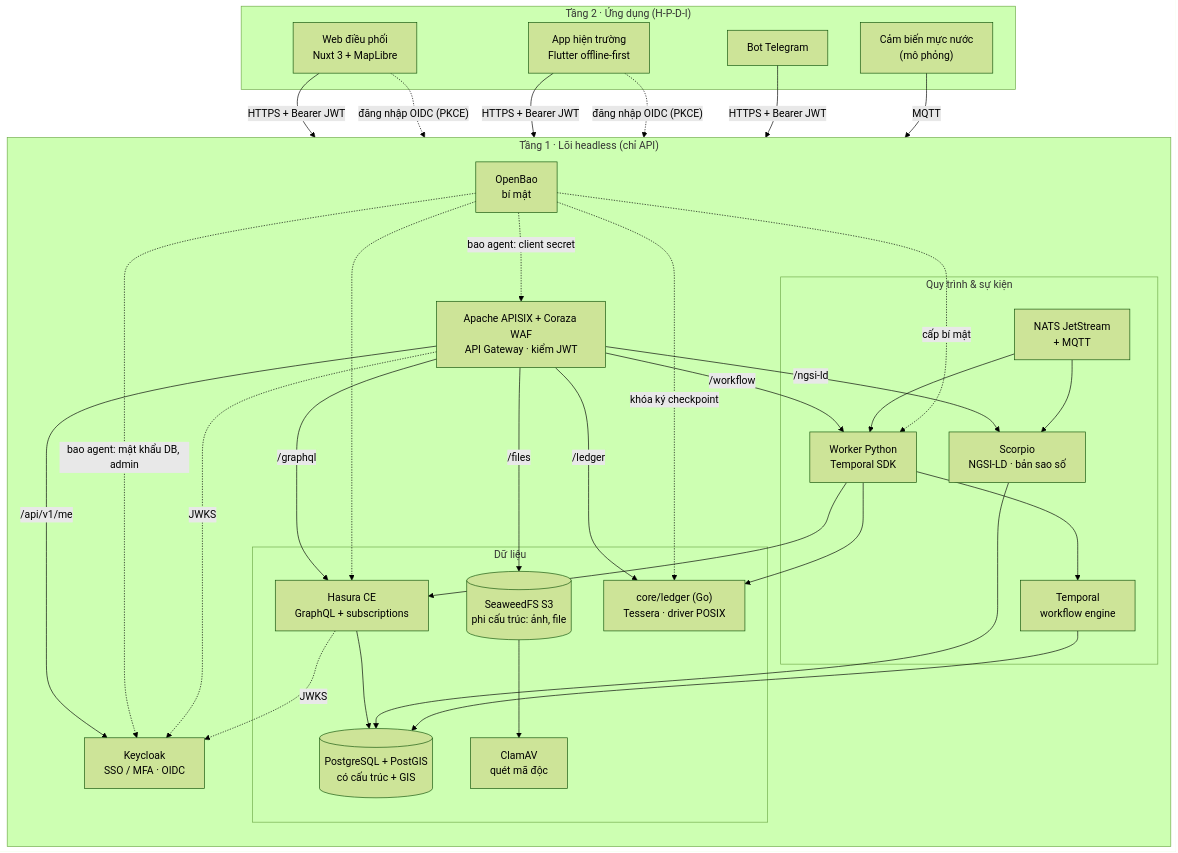
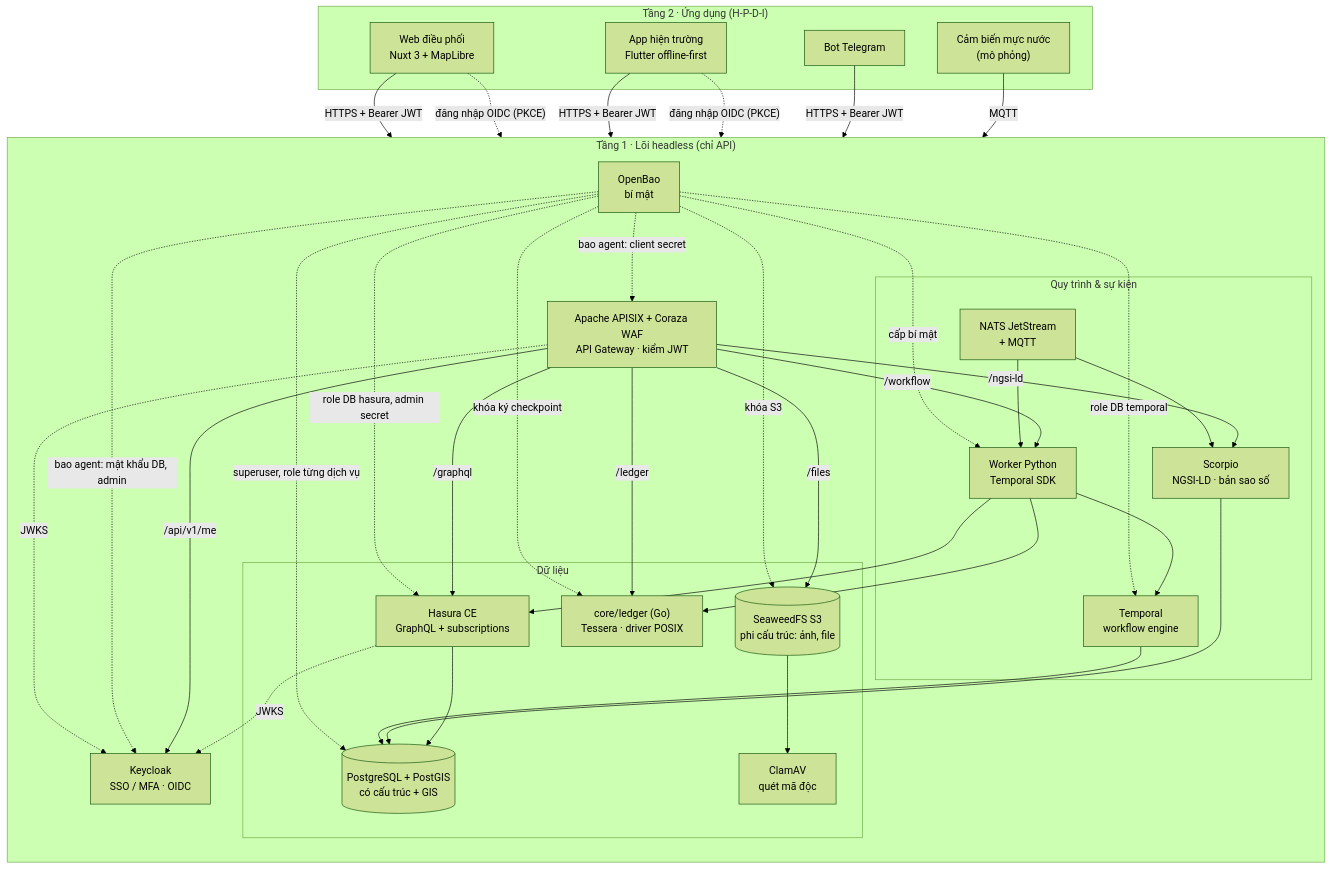
Before and after one commit to disaster-dxos/disaster-dxos: the first of 7 diagrams in docs/architecture.md, drawn with Mermaid (forest theme). The commit also changed other lines of this file and 22 other files, not shown here.

First line of the commit message:
feat(core): gộp Hasura CE, SeaweedFS, Temporal, NATS vào profile core, bí mật từ OpenBao (#11)

````diff
--- a/docs/architecture.md
+++ b/docs/architecture.md
@@ -12,59 +12,62 @@
 ```mermaid
 flowchart TB
   subgraph T2["Tầng 2 · Ứng dụng (H-P-D-I)"]
     WEB["Web điều phối<br/>Nuxt 3 + MapLibre"]
     APP["App hiện trường<br/>Flutter offline-first"]
     BOT["Bot Telegram"]
     SENSOR["Cảm biến mực nước<br/>(mô phỏng)"]
   end
 
   subgraph T1["Tầng 1 · Lõi headless (chỉ API)"]
     direction TB
     GW["Apache APISIX + Coraza WAF<br/>API Gateway · kiểm JWT"]
     KC["Keycloak<br/>SSO / MFA · OIDC"]
     BAO["OpenBao<br/>bí mật"]
 
     subgraph DATA["Dữ liệu"]
       PG[("PostgreSQL + PostGIS<br/>có cấu trúc + GIS")]
       HS["Hasura CE<br/>GraphQL + subscriptions"]
       SW[("SeaweedFS S3<br/>phi cấu trúc: ảnh, file")]
       AV["ClamAV<br/>quét mã độc"]
       TL["core/ledger (Go)<br/>Tessera · driver POSIX"]
     end
 
     subgraph FLOW["Quy trình & sự kiện"]
       TP["Temporal<br/>workflow engine"]
       WK["Worker Python<br/>Temporal SDK"]
       NATS["NATS JetStream<br/>+ MQTT"]
       SC["Scorpio<br/>NGSI-LD · bản sao số"]
     end
   end
 
   WEB & APP & BOT -->|"HTTPS + Bearer JWT"| GW
   WEB & APP -.->|"đăng nhập OIDC (PKCE)"| KC
   SENSOR -->|"MQTT"| NATS
 
   GW -->|"/api/v1/me"| KC
   GW -->|"/graphql"| HS
   GW -->|"/files"| SW
   GW -->|"/workflow"| WK
   GW -->|"/ngsi-ld"| SC
   GW -->|"/ledger"| TL
 
   HS --> PG
   SC --> PG
   TP --> PG
   WK --> TP
   WK --> HS
   WK --> TL
   SW --> AV
   NATS --> WK
   NATS --> SC
   BAO -.->|"bao agent: mật khẩu DB, admin"| KC
   BAO -.->|"bao agent: client secret"| GW
   BAO -.->|"cấp bí mật"| WK
-  BAO -.-> HS
+  BAO -.->|"role DB hasura, admin secret"| HS
+  BAO -.->|"superuser, role từng dịch vụ"| PG
+  BAO -.->|"role DB temporal"| TP
+  BAO -.->|"khóa S3"| SW
   BAO -.->|"khóa ký checkpoint"| TL
   GW -.->|"JWKS"| KC
   HS -.->|"JWKS"| KC
 ```
````
